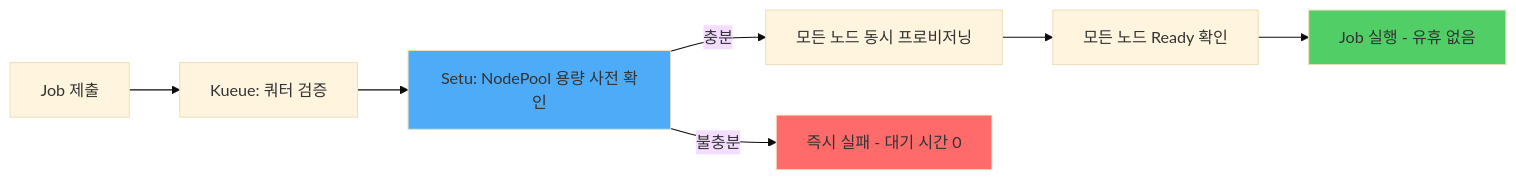
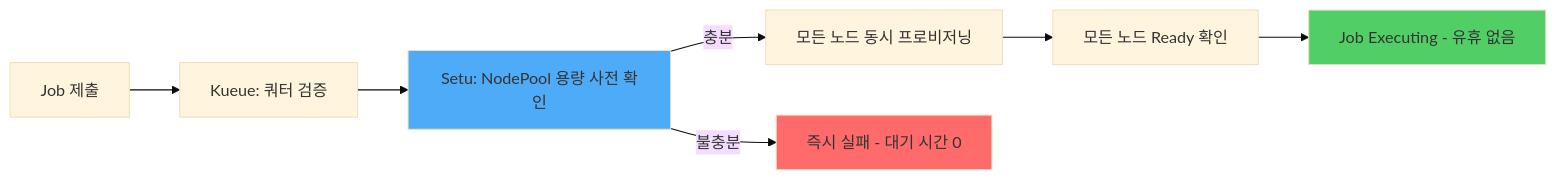
Diagram 14 of 16 in i18n/en/docusaurus-plugin-content-docs/current/eks-best-practices/resource-cost/eks-resource-optimization.md (devfloor9/engineering-playbook), drawn with Mermaid (base theme) before and after one commit. The commit also changed other lines of this file and 16 other files, not shown here.

````diff
--- a/i18n/en/docusaurus-plugin-content-docs/current/eks-best-practices/resource-cost/eks-resource-optimization.md
+++ b/i18n/en/docusaurus-plugin-content-docs/current/eks-best-practices/resource-cost/eks-resource-optimization.md
@@ -4353,13 +4353,13 @@
 ```mermaid
 graph LR
     A[Job 제출] --> B[Kueue: 쿼터 검증]
     B --> C[Setu: NodePool 용량 사전 확인]
     C -->|충분| D[모든 노드 동시 프로비저닝]
     C -->|불충분| E[즉시 실패 - 대기 시간 0]
     D --> F[모든 노드 Ready 확인]
-    F --> G[Job 실행 - 유휴 없음]
+    F --> G[Job Executing - 유휴 없음]
 
     style C fill:#4dabf7
     style G fill:#51cf66
     style E fill:#ff6b6b
 ```
````
